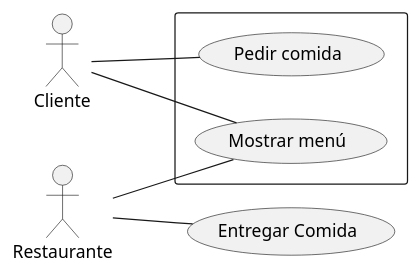
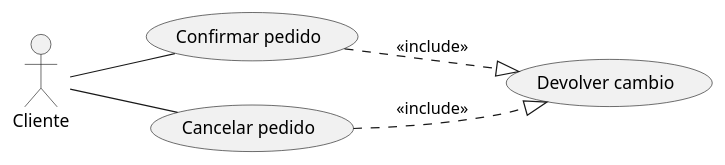
Before and after one commit to Nessie04/PlantUML_1: the diagram in casos_de_uso.puml, drawn with PlantUML. The commit also changed 1 other file, not shown here.

```diff
--- a/casos_de_uso.puml
+++ b/casos_de_uso.puml
@@ -1,15 +1,9 @@
 @startuml
 
-
 left to right direction
-rectangle  {
-  usecase "Mostrar menú"
-  usecase "Pedir comida"
-}
-Cliente -- (Mostrar menú)
-Cliente -- (Pedir comida)
-Restaurante -- (Entregar Comida)
-Restaurante -- (Mostrar menú)
-
+Cliente -- (Confirmar pedido)
+Cliente -- (Cancelar pedido)
+(Confirmar pedido)..|>(Devolver cambio) : <<include>>
+(Cancelar pedido)..|>(Devolver cambio) : <<include>>
 
 @enduml
```
